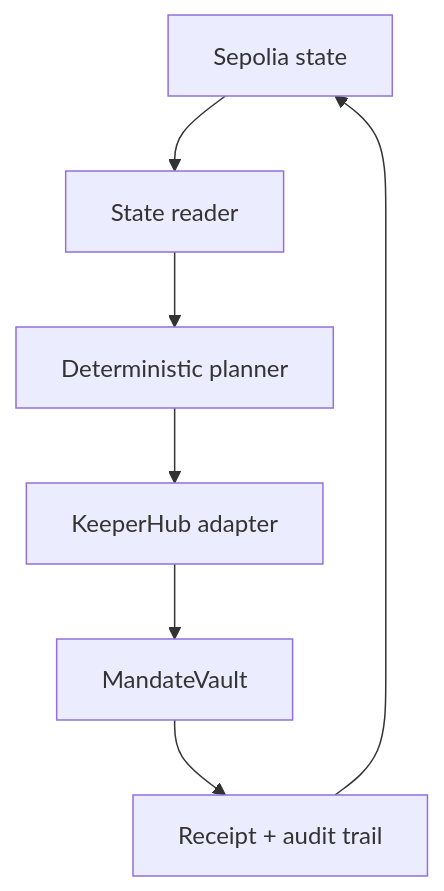
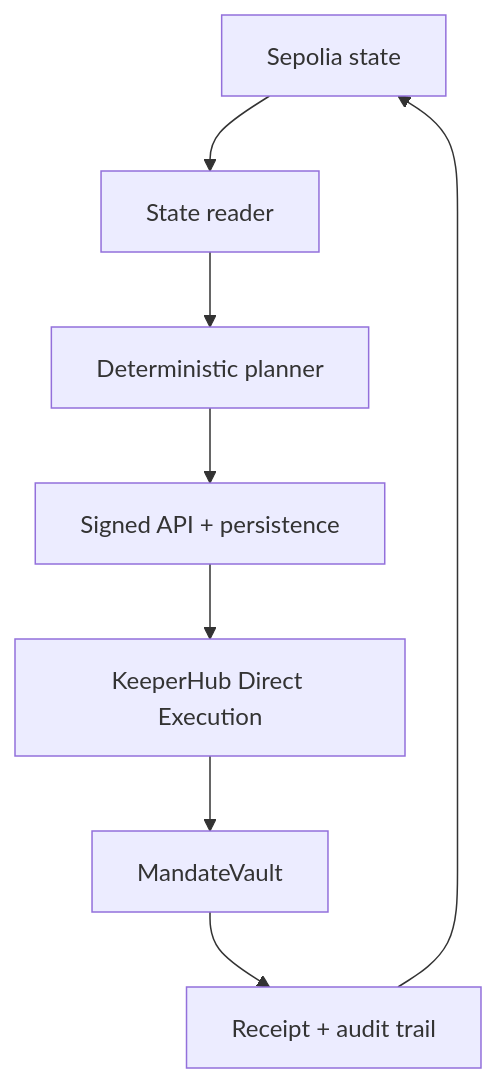
One commit to ShalyX/mandate-closeout-agent changed the diagram in README.md. Above: the diagram before and after it, drawn with Mermaid. The commit also changed other lines of this file and 35 other files, not shown here.

````diff
--- a/README.md
+++ b/README.md
@@ -94,9 +99,10 @@
 ```mermaid
 flowchart TD
     A["Sepolia state"] --> B["State reader"]
     B --> C["Deterministic planner"]
-    C --> D["KeeperHub adapter"]
-    D --> E["MandateVault"]
-    E --> F["Receipt + audit trail"]
-    F --> A
+    C --> D["Signed API + persistence"]
+    D --> E["KeeperHub Direct Execution"]
+    E --> F["MandateVault"]
+    F --> G["Receipt + audit trail"]
+    G --> A
 ```
````
